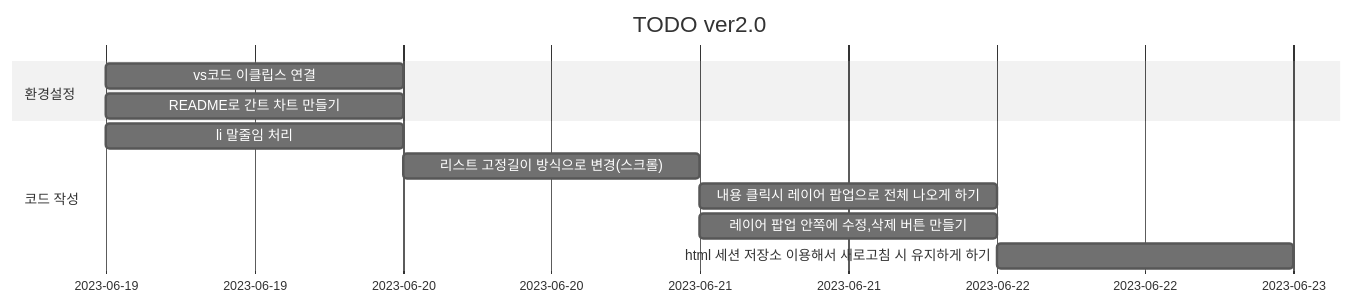
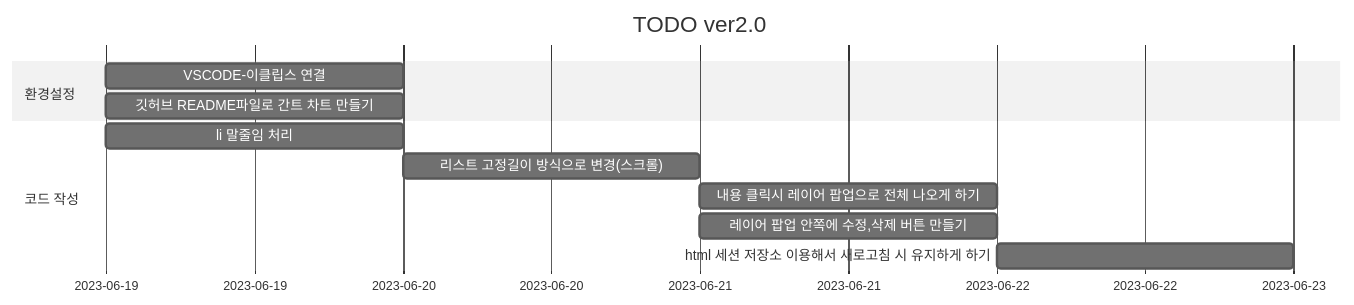
One commit to UDONGSALI/Toy-Project changed the diagram in README.md. Above: the diagram before and after it, drawn with Mermaid (neutral theme). The commit also changed other lines of this file, not shown here.

````diff
--- a/README.md
+++ b/README.md
@@ -1,14 +14,14 @@
 ```mermaid
 gantt
     title TODO ver2.0
     dateFormat  YYYY-MM-DD
     section 환경설정
-    vs코드 이클립스 연결:2023-06-19, 1d
-    README로 간트 차트 만들기:2023-06-19, 1d
+    VSCODE-이클립스 연결:2023-06-19, 1d
+    깃허브 README파일로 간트 차트 만들기:2023-06-19, 1d
     section 코드 작성
     li 말줄임 처리: 2023-06-19, 1d
     리스트 고정길이 방식으로 변경(스크롤): 2023-06-20, 1d
     내용 클릭시 레이어 팝업으로 전체 나오게 하기: 2023-06-21, 1d
     레이어 팝업 안쪽에 수정,삭제 버튼 만들기: 2023-06-21, 1d
     html 세션 저장소 이용해서 새로고침 시 유지하게 하기: 2023-06-22, 1d
 ```
````
